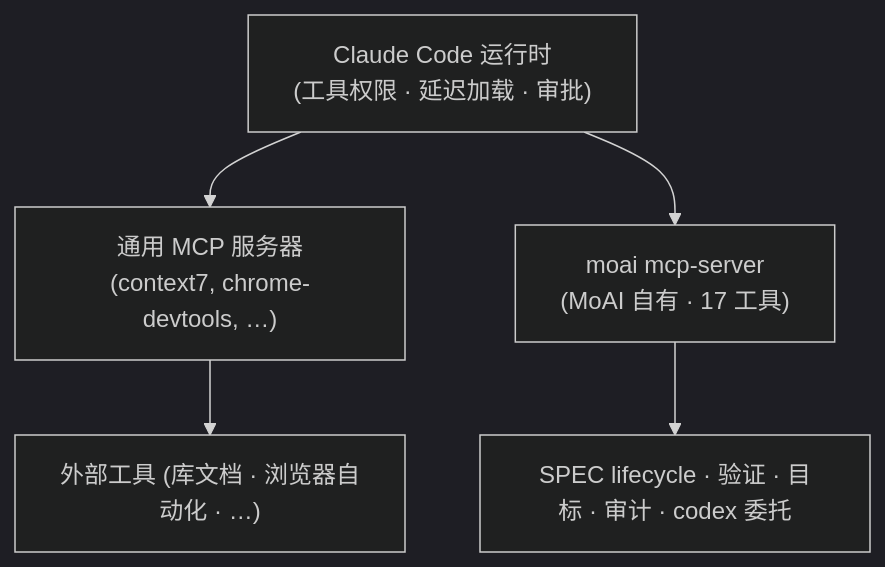
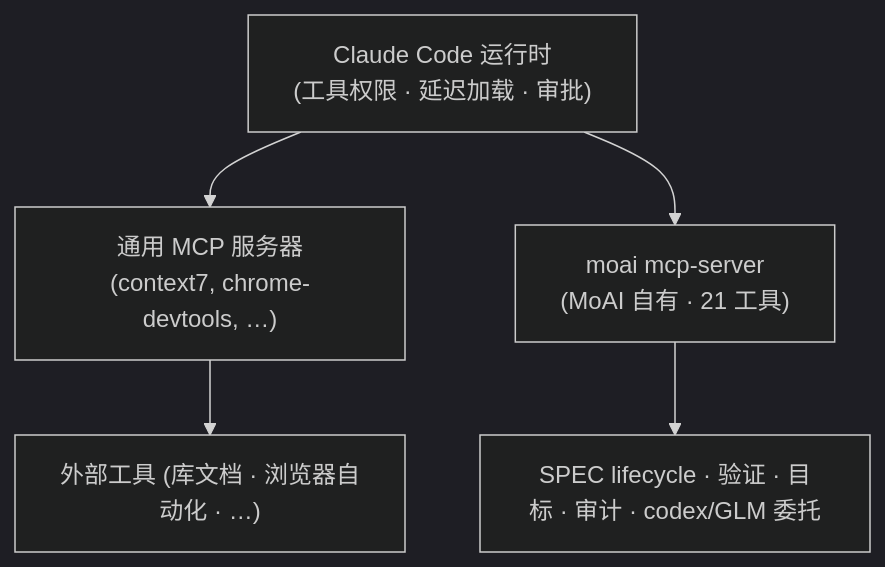
One commit to modu-ai/moai-adk changed the diagram in docs-site/content/zh/guides/mcp-server.md. Above: the diagram before and after it, drawn with Mermaid (dark theme). The commit also changed other lines of this file and 86 other files, not shown here.

First line of the commit message:
docs(ossdocs): v3.1.1 doc-gap landing — 13-page x4-locale + mermaid fixes + version sync + backend-mix

````diff
--- a/docs-site/content/zh/guides/mcp-server.md
+++ b/docs-site/content/zh/guides/mcp-server.md
@@ -28,10 +28,10 @@
 ```mermaid
 flowchart TD
     CC["Claude Code 运行时<br/>(工具权限 · 延迟加载 · 审批)"]
     CMCP["通用 MCP 服务器<br/>(context7, chrome-devtools, …)"]
-    MMCP["moai mcp-server<br/>(MoAI 自有 · 17 工具)"]
+    MMCP["moai mcp-server<br/>(MoAI 自有 · 21 工具)"]
     CC --> CMCP
     CC --> MMCP
-    MMCP --> TOOLS["SPEC lifecycle · 验证 · 目标 · 审计 · codex 委托"]
+    MMCP --> TOOLS["SPEC lifecycle · 验证 · 目标 · 审计 · codex/GLM 委托"]
     CMCP --> EXT["外部工具 (库文档 · 浏览器自动化 · …)"]
 ```
````
